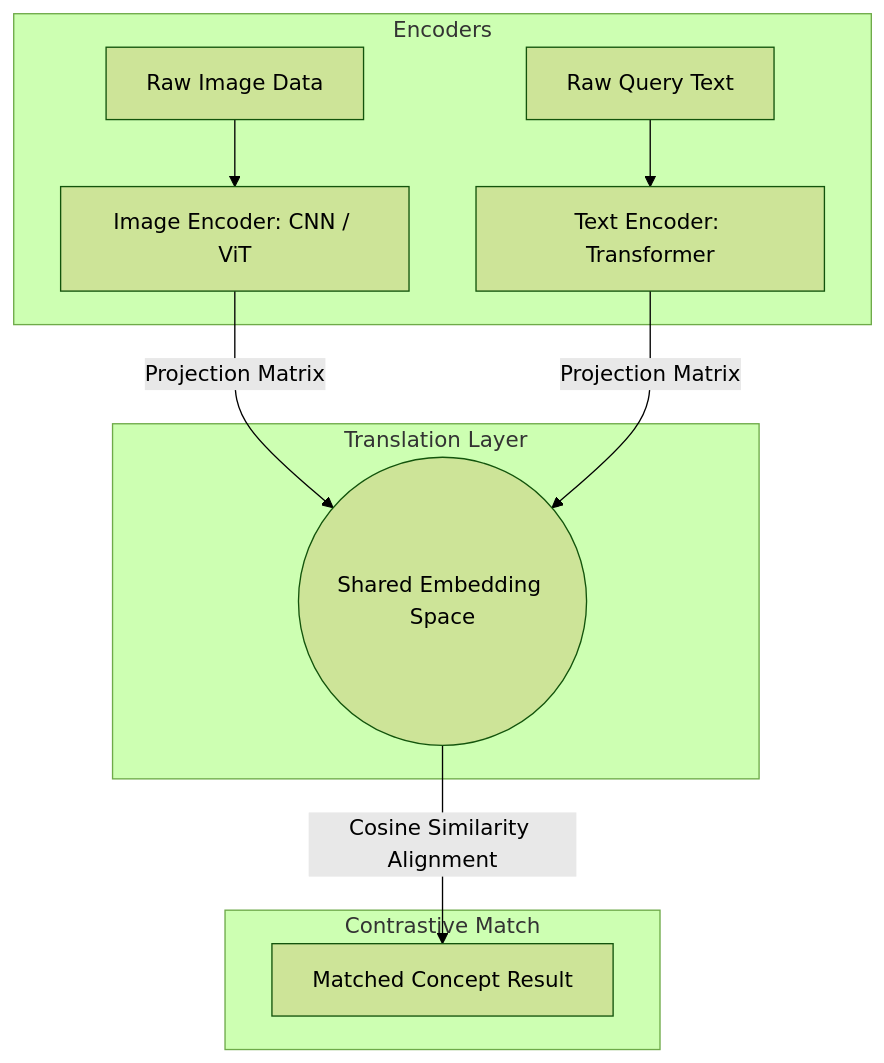
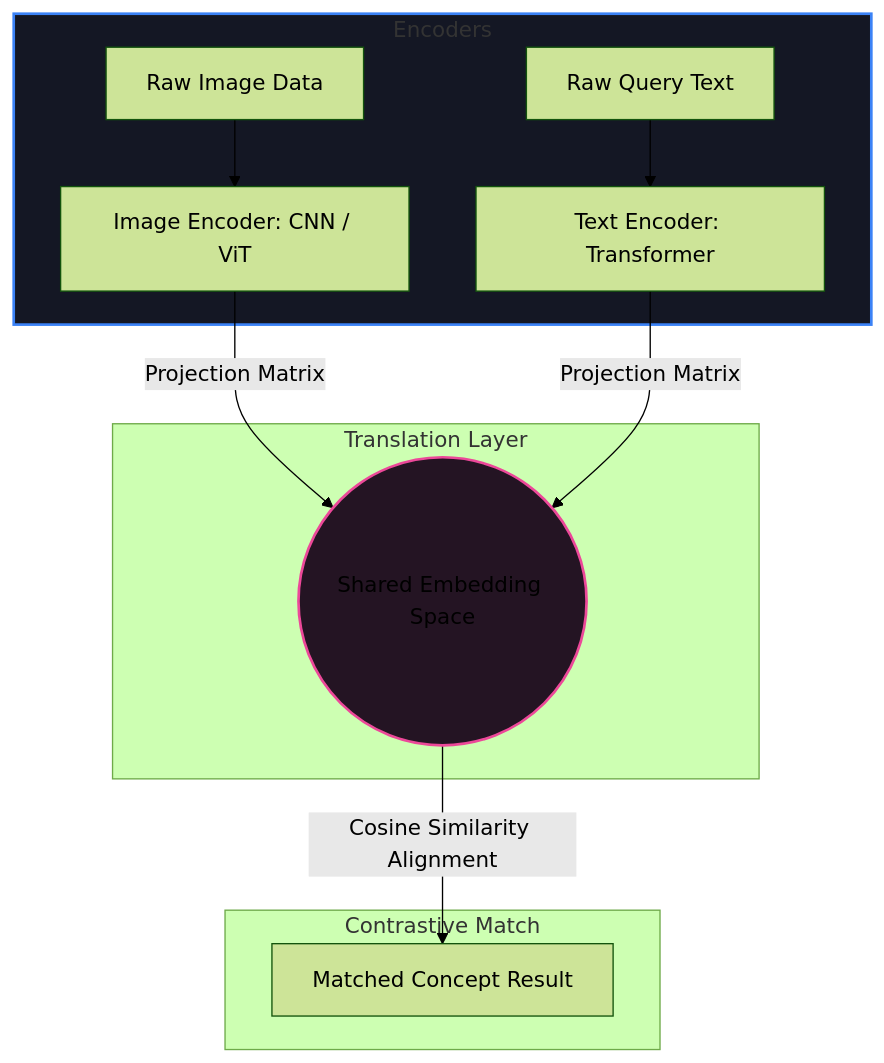
The diagram in docs/05-advanced-topics/README.md (bilgenurpala/ai4future), drawn with Mermaid (forest theme) before and after one commit. The commit also changed other lines of this file and 15 other files, not shown here.

````diff
--- a/docs/05-advanced-topics/README.md
+++ b/docs/05-advanced-topics/README.md
@@ -37,14 +79,17 @@
 ```mermaid
 graph TD
     subgraph Encoders
         InputImage[Raw Image Data] --> ImageEnc[Image Encoder: CNN / ViT]
         InputText[Raw Query Text] --> TextEnc[Text Encoder: Transformer]
     end
     subgraph Translation Layer
         ImageEnc -->|Projection Matrix| SharedSpace((Shared Embedding Space))
         TextEnc -->|Projection Matrix| SharedSpace
     end
     subgraph Contrastive Match
         SharedSpace -->|Cosine Similarity Alignment| OutputMatch[Matched Concept Result]
     end
+
+    style Encoders fill:#141724,stroke:#3b82f6,stroke-width:2px;
+    style SharedSpace fill:#241423,stroke:#ec4899,stroke-width:2px;
 ```
````
